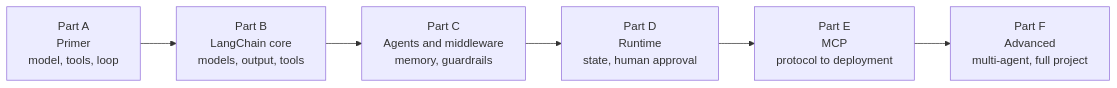
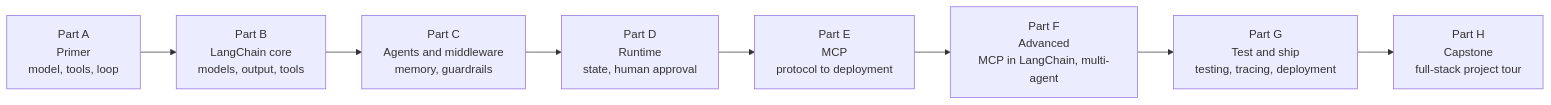
The diagram in books/agentic-ai/chapters/home.md (kiaanwankhede/MyNotes), drawn with Mermaid before and after one commit. The commit also changed other lines of this file and 20 other files, not shown here.

First line of the commit message:
Enrich notes from the LangChain docs: five new chapters and docs sections in order

````diff
--- a/books/agentic-ai/chapters/home.md
+++ b/books/agentic-ai/chapters/home.md
@@ -39,8 +39,10 @@
 ```mermaid
 flowchart LR
     A["Part A<br/>Primer<br/>model, tools, loop"] --> B["Part B<br/>LangChain core<br/>models, output, tools"]
     B --> C["Part C<br/>Agents and middleware<br/>memory, guardrails"]
     C --> D["Part D<br/>Runtime<br/>state, human approval"]
     D --> E["Part E<br/>MCP<br/>protocol to deployment"]
-    E --> F["Part F<br/>Advanced<br/>multi-agent, full project"]
+    E --> F["Part F<br/>Advanced<br/>MCP in LangChain, multi-agent"]
+    F --> G["Part G<br/>Test and ship<br/>testing, tracing, deployment"]
+    G --> H["Part H<br/>Capstone<br/>full-stack project tour"]
 ```
````
